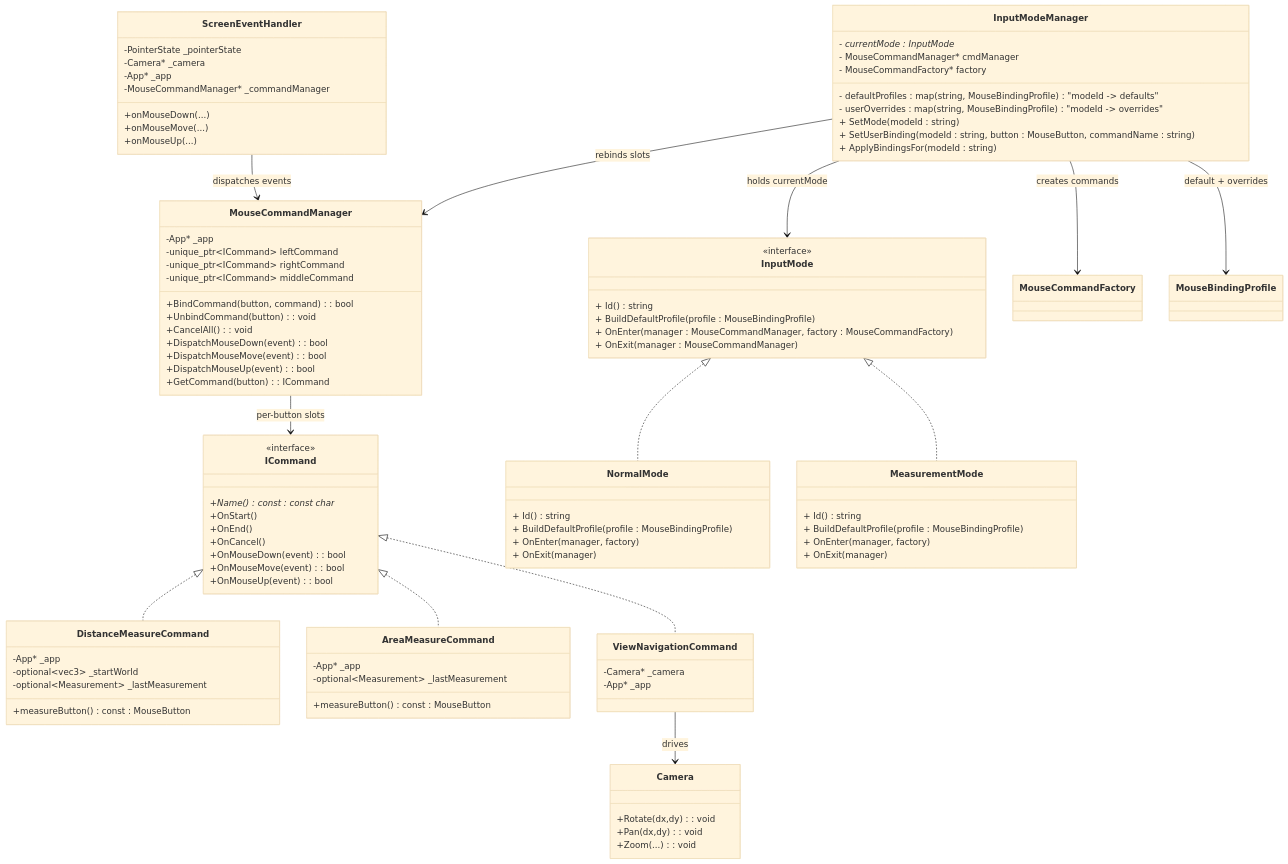
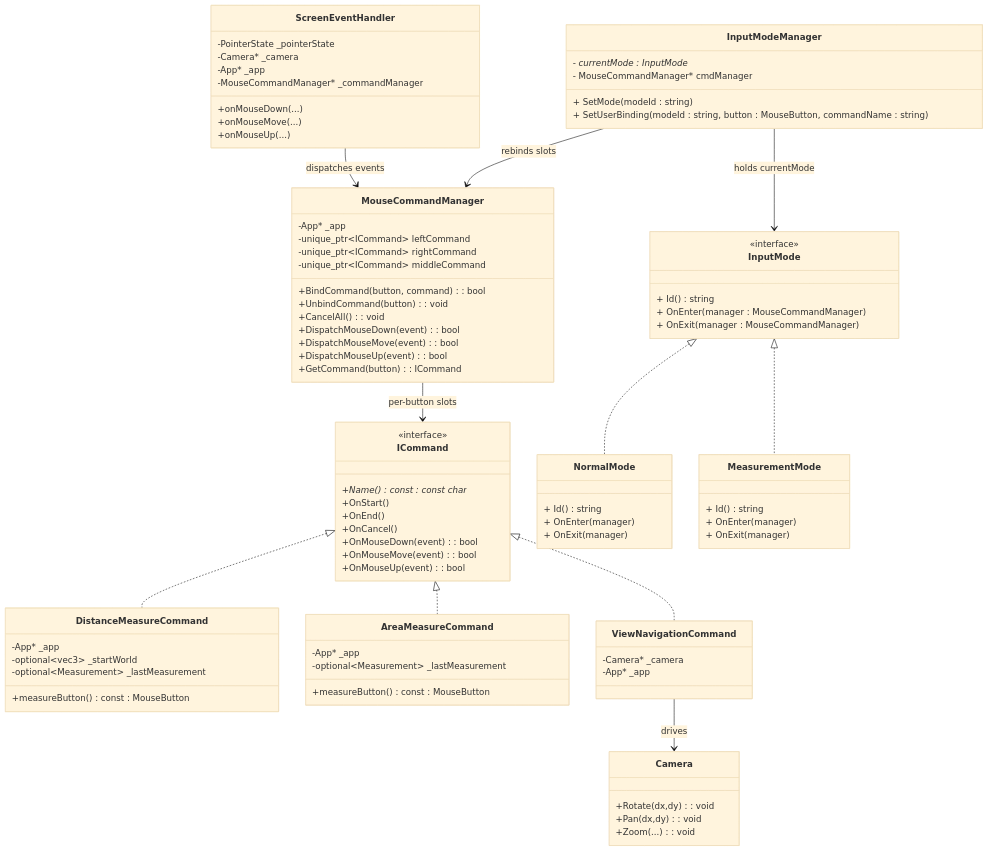
Before and after one commit to vfa-khaidt1/vfa-cdn: the second of 4 diagrams in GraphV3.md, drawn with Mermaid (base theme).

````diff
--- a/GraphV3.md
+++ b/GraphV3.md
@@ -94,37 +94,30 @@
         +Zoom(...): void
     }
 
-        class InputMode {
+    class InputMode {
         <<interface>>
         + Id() string
-        + BuildDefaultProfile(profile : MouseBindingProfile)
-        + OnEnter(manager : MouseCommandManager, factory : MouseCommandFactory)
+        + OnEnter(manager : MouseCommandManager)
         + OnExit(manager : MouseCommandManager)
     }
 
     class NormalMode {
         + Id() string
-        + BuildDefaultProfile(profile : MouseBindingProfile)
-        + OnEnter(manager, factory)
+        + OnEnter(manager)
         + OnExit(manager)
     }
 
     class MeasurementMode {
         + Id() string
-        + BuildDefaultProfile(profile : MouseBindingProfile)
-        + OnEnter(manager, factory)
+        + OnEnter(manager)
         + OnExit(manager)
     }
 
     class InputModeManager {
         - currentMode : InputMode*
         - MouseCommandManager* cmdManager
-        - MouseCommandFactory* factory
-        - defaultProfiles : map(string, MouseBindingProfile)  "modeId -> defaults"
-        - userOverrides : map(string, MouseBindingProfile)    "modeId -> overrides"
         + SetMode(modeId : string)
         + SetUserBinding(modeId : string, button : MouseButton, commandName : string)
-        + ApplyBindingsFor(modeId : string)
     }
 
     ICommand <|.. DistanceMeasureCommand
@@ -140,6 +133,4 @@
 
     InputModeManager --> InputMode : holds currentMode
     InputModeManager --> MouseCommandManager : rebinds slots
-    InputModeManager --> MouseCommandFactory : creates commands
-    InputModeManager --> MouseBindingProfile : default + overrides
 ```
````
